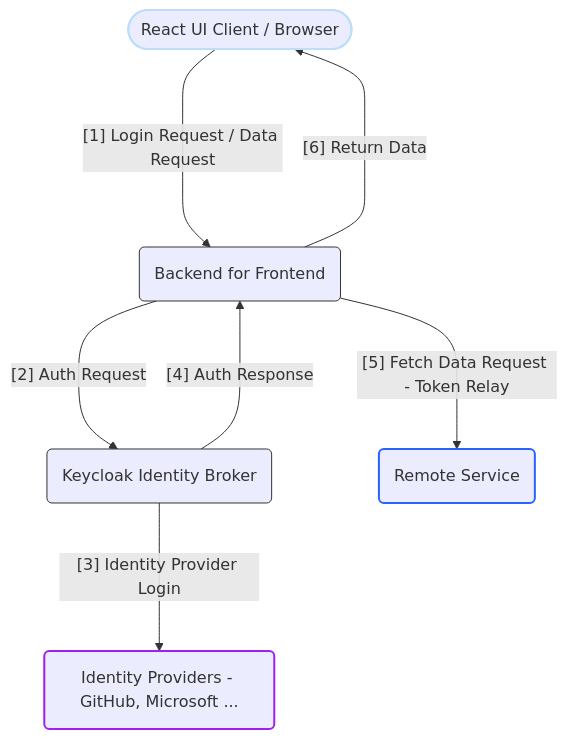
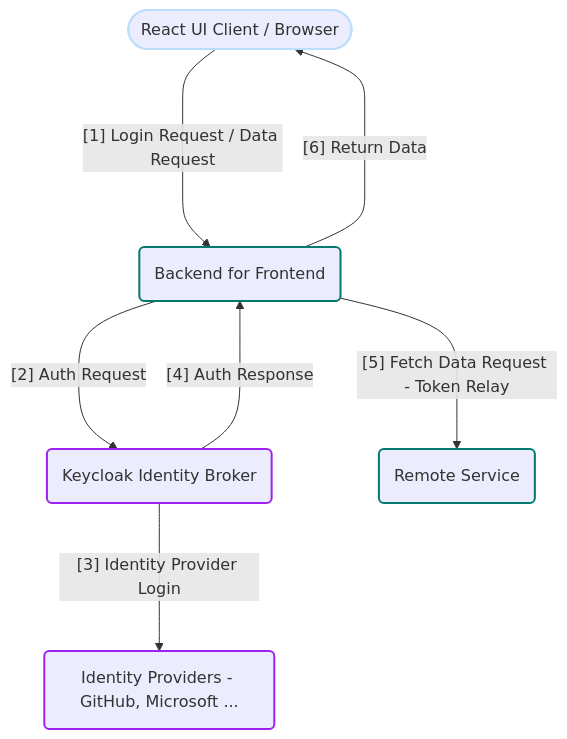
Before and after one commit to CynicDog/CynicDog.github.io: the diagram in _posts/2024-09-26-cloud-native-spring-with-spa-and-key-cloak.md, drawn with Mermaid.

````diff
--- a/_posts/2024-09-26-cloud-native-spring-with-spa-and-key-cloak.md
+++ b/_posts/2024-09-26-cloud-native-spring-with-spa-and-key-cloak.md
@@ -22,21 +22,21 @@
 ```mermaid 
 flowchart TD
     A([React UI Client / Browser ]) ----> |"[1] Login Request / Data Request"| B(Backend for Frontend)
     B ---> |"[2] Auth Request"| C(Keycloak Identity Broker)
     C ---> |"[3] Identity Provider Login"| D(Identity Providers - GitHub, Microsoft ...)
     C --> |"[4] Auth Response"| B
     B ---> |"[5] Fetch Data Request - Token Relay"| E(Remote Service)
     B --> |"[6] Return Data"| A
 
     classDef container stroke:#333,stroke-width:1px;
-    class B,C,E container;
+    class ,E container;
 
     classDef react stroke:#BBDEFB,stroke-width:2px;
     class A react
 
-    classDef service stroke:#A020F0,stroke-width:2px;
-    class D service
+    classDef idp stroke:#A020F0,stroke-width:2px;
+    class C,D idp
 
-    classDef remote stroke:#2962FF,stroke-width:2px;
-    class E remote
+    classDef remote stroke:#01796F,stroke-width:2px;
+    class B,E remote
 ```
````
